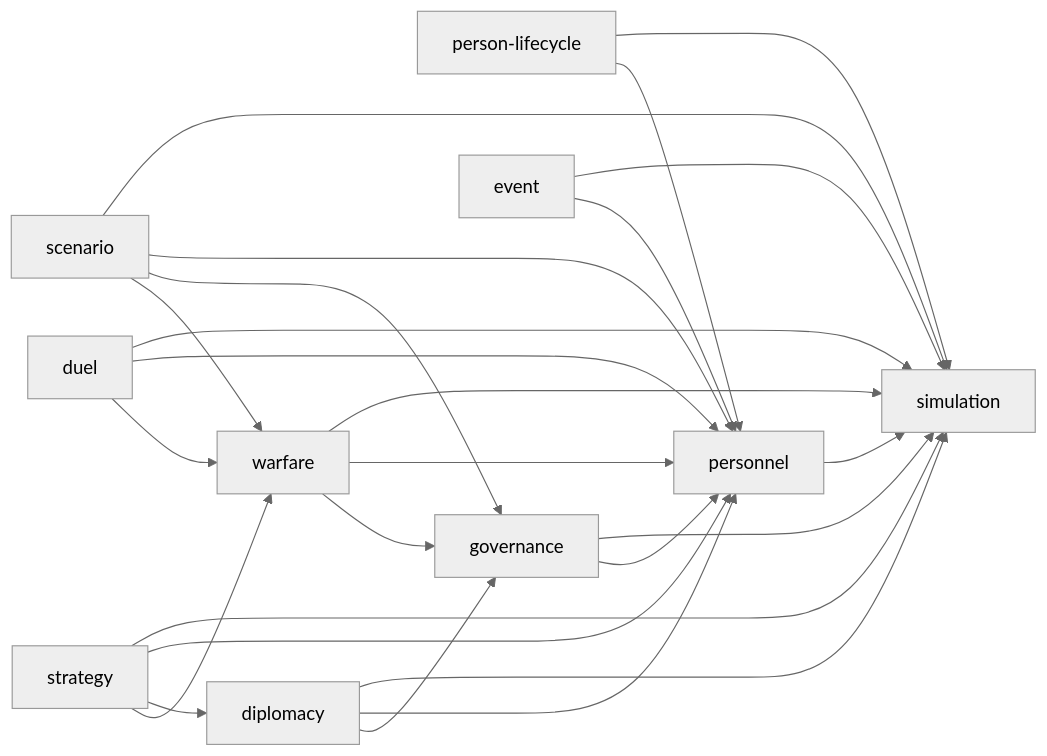
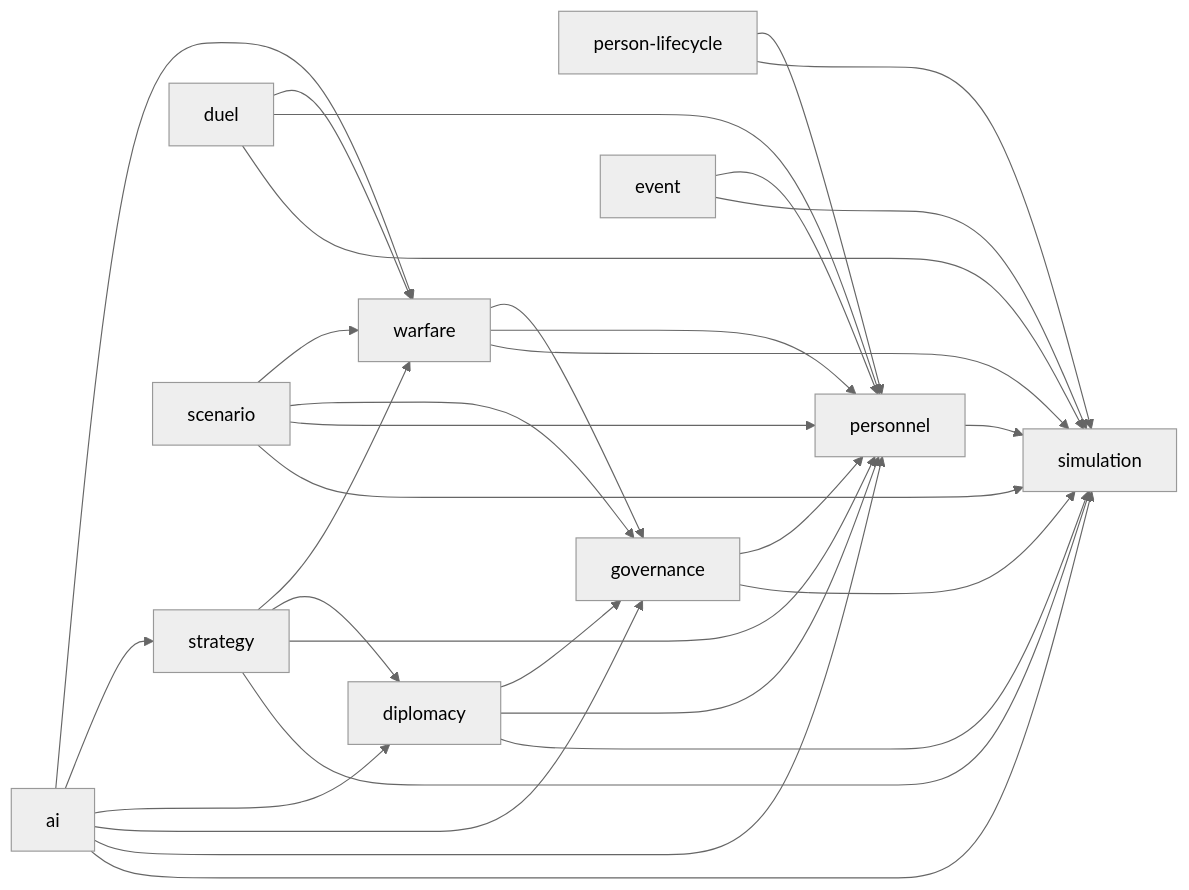
One commit to cdd1037/san9-remake changed the diagram in specs/behavior/core-domain-dependency-map.md. Above: the diagram before and after it, drawn with Mermaid (neutral theme). The commit also changed other lines of this file and 12 other files, not shown here.

````diff
--- a/specs/behavior/core-domain-dependency-map.md
+++ b/specs/behavior/core-domain-dependency-map.md
@@ -18,27 +18,33 @@
 ```mermaid
 flowchart LR
   Personnel[personnel] --> Simulation[simulation]
   Lifecycle[person-lifecycle] --> Personnel
   Lifecycle --> Simulation
   Governance[governance] --> Personnel
   Governance --> Simulation
   Warfare[warfare] --> Governance
   Warfare --> Personnel
   Warfare --> Simulation
   Diplomacy[diplomacy] --> Governance
   Diplomacy --> Personnel
   Diplomacy --> Simulation
   Strategy[strategy] --> Warfare
   Strategy --> Diplomacy
   Strategy --> Personnel
   Strategy --> Simulation
   Duel[duel] --> Warfare
   Duel --> Personnel
   Duel --> Simulation
   Event[event] --> Personnel
   Event --> Simulation
   Scenario[scenario] --> Warfare
   Scenario --> Governance
   Scenario --> Personnel
   Scenario --> Simulation
+  AI[ai] --> Warfare
+  AI --> Strategy
+  AI --> Diplomacy
+  AI --> Governance
+  AI --> Personnel
+  AI --> Simulation
 ```
````
